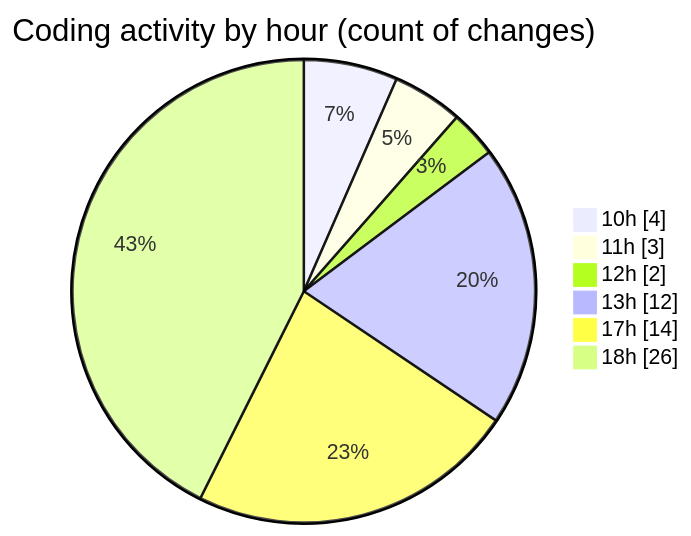
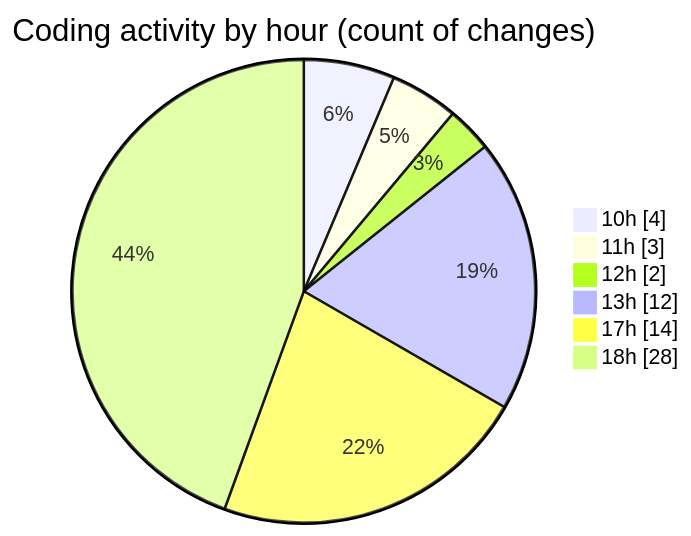
Before and after one commit to nxtqubesakshisongat/code-tracking: the second of 2 diagrams in 2026-08-21/nxtqube_webapp/README.md, drawn with Mermaid. The commit also changed other lines of this file and 1 other file, not shown here.

````diff
--- a/2026-08-21/nxtqube_webapp/README.md
+++ b/2026-08-21/nxtqube_webapp/README.md
@@ -53,10 +54,10 @@
 ```mermaid
 pie showData
 title Coding activity by hour (count of changes)
 "10h" : 4
 "11h" : 3
 "12h" : 2
 "13h" : 12
 "17h" : 14
-"18h" : 26
+"18h" : 28
 ```
````
